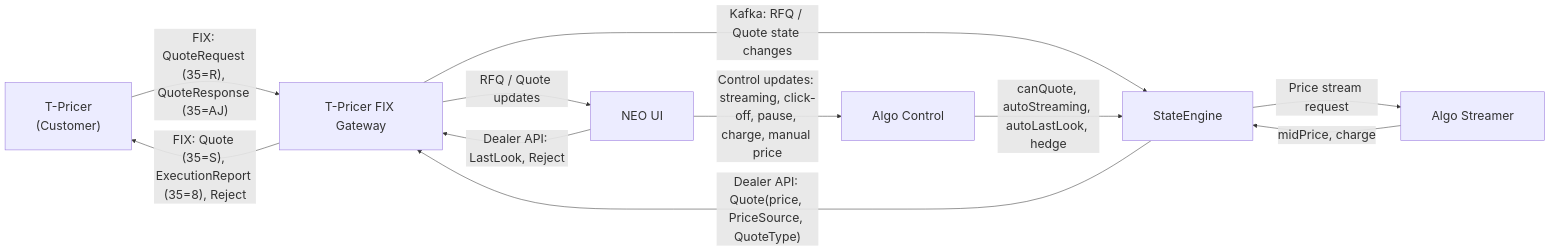
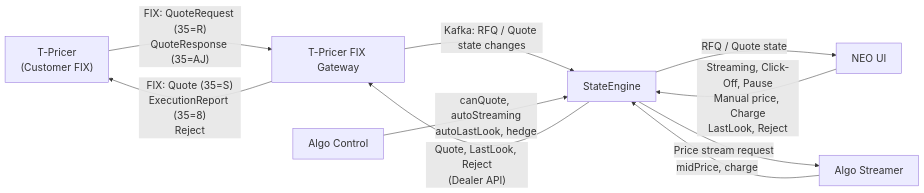
The third of 3 diagrams in README.md (midnava/multiplexer), drawn with Mermaid before and after one commit.

````diff
--- a/README.md
+++ b/README.md
@@ -86,25 +86,25 @@
 ```mermaid
-%%{init: {"themeVariables": {"fontSize": "24px"}, "flowchart": {"nodeSpacing": 70, "rankSpacing": 90, "padding": 30}}}%%
+%%{init: {"themeVariables": {"fontSize": "20px"}, "flowchart": {"nodeSpacing": 90, "rankSpacing": 120, "curve": "basis"}}}%%
 flowchart LR
-    TP["T-Pricer<br/>(Customer)"]
+    TP["T-Pricer<br/>(Customer FIX)"]
     GW["T-Pricer FIX Gateway"]
     SE["StateEngine"]
     AS["Algo Streamer"]
     AC["Algo Control"]
     UI["NEO UI"]
 
-    TP -->|"FIX: QuoteRequest (35=R), QuoteResponse (35=AJ)"| GW
-    GW -->|"FIX: Quote (35=S), ExecutionReport (35=8), Reject"| TP
+    TP -->|"FIX: QuoteRequest (35=R)<br/>QuoteResponse (35=AJ)"| GW
+    GW -->|"FIX: Quote (35=S)<br/>ExecutionReport (35=8)<br/>Reject"| TP
 
     GW -->|"Kafka: RFQ / Quote state changes"| SE
-    GW -->|"RFQ / Quote updates"| UI
+
+    SE -->|"Quote, LastLook, Reject<br/>(Dealer API)"| GW
+
+    SE -->|"RFQ / Quote state"| UI
+    UI -->|"Streaming, Click-Off, Pause<br/>Manual price, Charge<br/>LastLook, Reject"| SE
+
+    AC -->|"canQuote, autoStreaming<br/>autoLastLook, hedge"| SE
 
     SE -->|"Price stream request"| AS
     AS -->|"midPrice, charge"| SE
-
-    UI -->|"Control updates: streaming, click-off, pause, charge, manual price"| AC
-    AC -->|"canQuote, autoStreaming, autoLastLook, hedge"| SE
-
-    SE -->|"Dealer API: Quote(price, PriceSource, QuoteType)"| GW
-    UI -->|"Dealer API: LastLook, Reject"| GW
 ```
````
